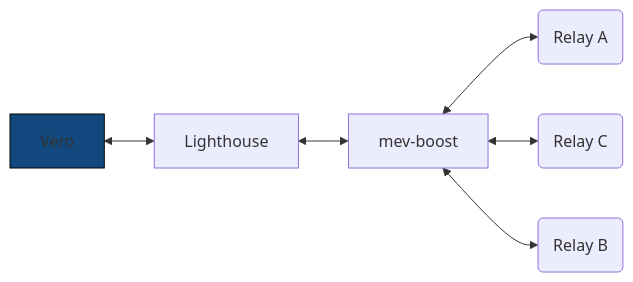
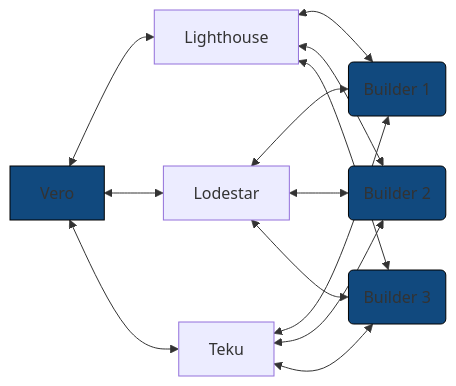
One commit to serenita-org/vero changed the first of 3 diagrams in docs/docs/usage/mev.md. Above: the diagram before and after it, drawn with Mermaid. The commit also changed other lines of this file and 73 other files, not shown here.

````diff
--- a/docs/docs/usage/mev.md
+++ b/docs/docs/usage/mev.md
@@ -9,11 +17,26 @@
 ```mermaid
 flowchart RL
 
+%% VC<->CL
 Lighthouse <--> Vero
-mev-boost <--> Lighthouse
-RA(Relay A) <--> mev-boost
-RB(Relay C) <--> mev-boost
-RC(Relay B) <--> mev-boost
+Lodestar <--> Vero
+Teku <--> Vero
+
+%% CL<->EL
+B1(Builder 1) <--> Lighthouse
+B1(Builder 1) <--> Lodestar
+B1(Builder 1) <--> Teku
+
+B2(Builder 2) <--> Lighthouse
+B2(Builder 2) <--> Lodestar
+B2(Builder 2) <--> Teku
+
+B3(Builder 3) <--> Lighthouse
+B3(Builder 3) <--> Lodestar
+B3(Builder 3) <--> Teku
 
 style Vero fill:#11497E,stroke:#000000
+style B1 fill:#11497E,stroke:#000000
+style B2 fill:#11497E,stroke:#000000
+style B3 fill:#11497E,stroke:#000000
 ```
````
